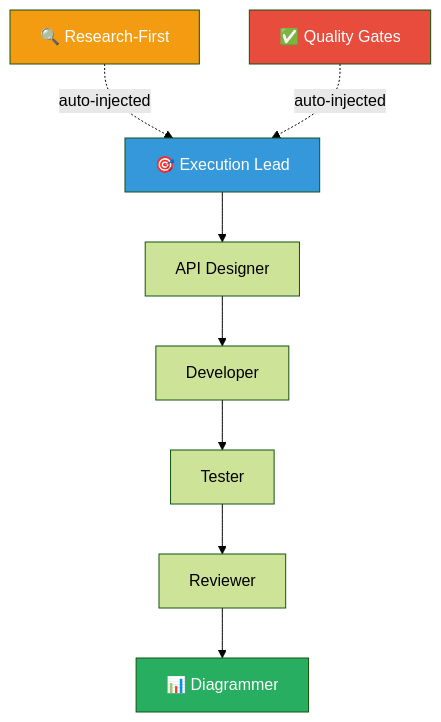
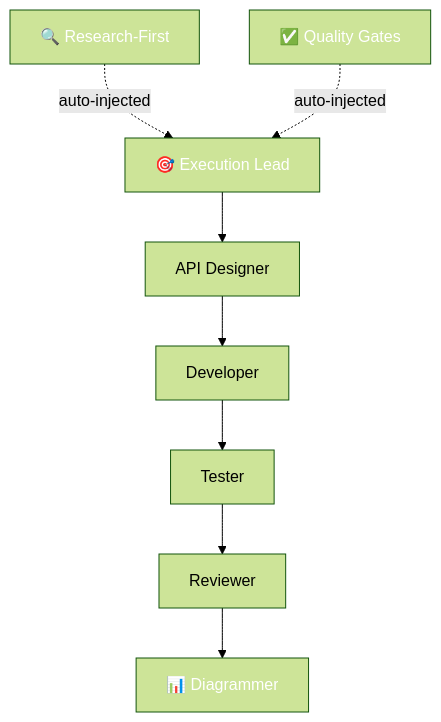
One commit to abossard/ghcp-agent-2024 changed the eighth of 12 diagrams in README.md. Above: the diagram before and after it, drawn with Mermaid (forest theme). The commit also changed other lines of this file, not shown here.

````diff
--- a/README.md
+++ b/README.md
@@ -341,15 +376,15 @@
 ```mermaid
 graph TB
     RF["🔍 Research-First"] & QG["✅ Quality Gates"]
     EL["🎯 Execution Lead"]
 
     RF & QG -.->|auto-injected| EL
     EL --> API["API Designer"] --> DEV["Developer"]
     DEV --> TEST["Tester"] --> SEC["Reviewer"]
     SEC --> DIAG["📊 Diagrammer"]
 
-    style EL fill:#3498db,color:#fff
-    style DIAG fill:#27ae60,color:#fff
-    style RF fill:#f39c12,color:#fff
-    style QG fill:#e74c3c,color:#fff
+    style EL color:#fff
+    style DIAG color:#fff
+    style RF color:#fff
+    style QG color:#fff
 ```
````
